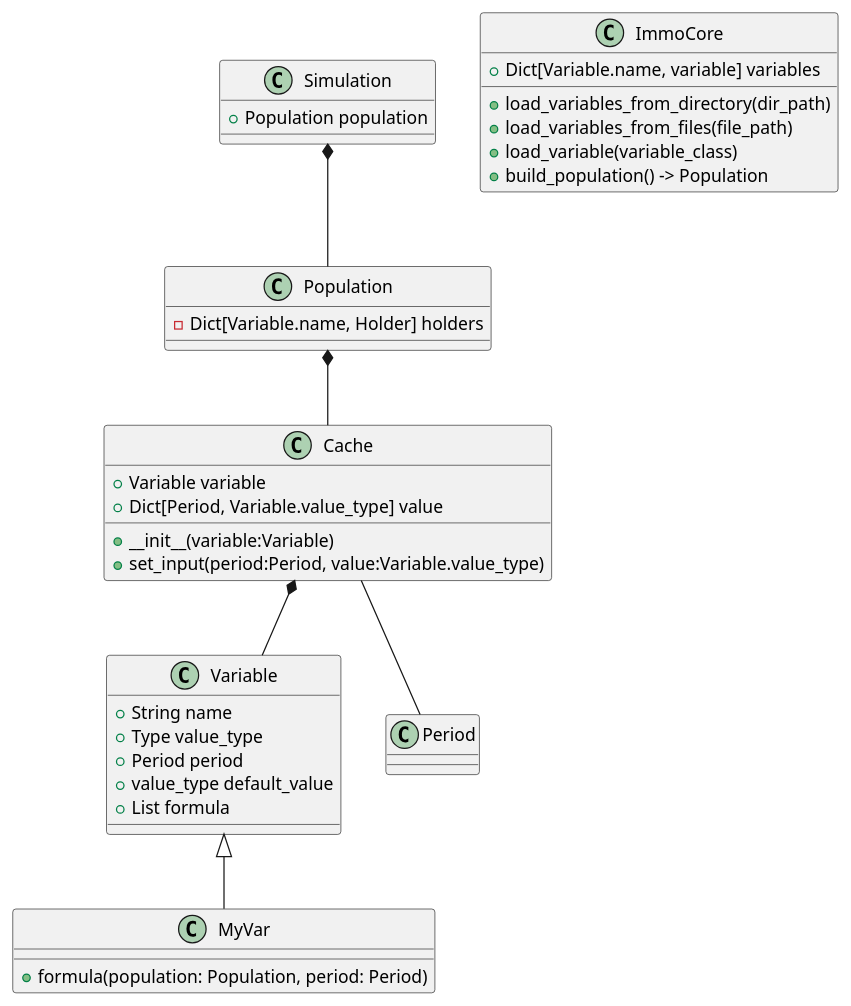
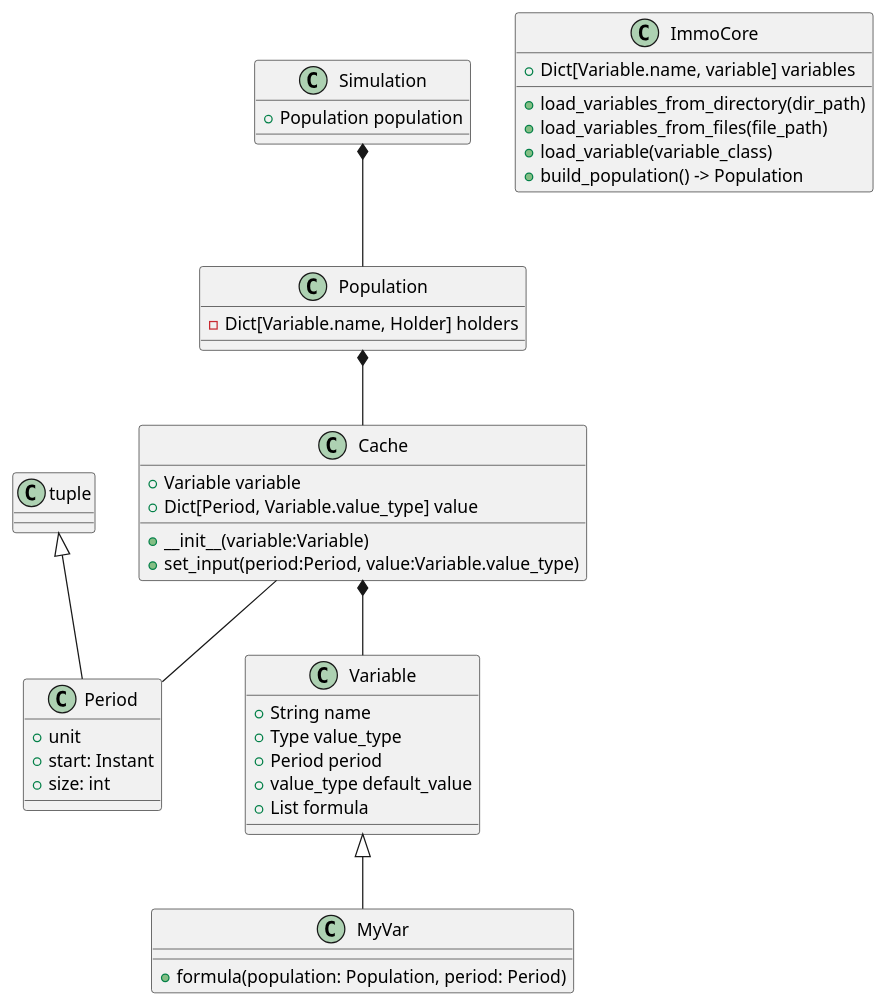
Before and after one commit to nboutin/immo_perfo: the diagram in doc/class.plantuml, drawn with PlantUML. The commit also changed 2 other files, not shown here.

Commit message:
Add Period requirements

```diff
--- a/doc/class.plantuml
+++ b/doc/class.plantuml
@@ -1,48 +1,51 @@
 @startuml
 
 class Variable {
 	+String name
 	+Type value_type
 	+Period period
 	+value_type default_value
 	+List formula
 }
 
 class MyVar {
     +formula(population: Population, period: Period)
 }
 
 class Cache {
 	+__init__(variable:Variable)
 	+set_input(period:Period, value:Variable.value_type)
 	+Variable variable
 	+Dict[Period, Variable.value_type] value
 }
 
 class Period {
-
+    +unit
+    +start: Instant
+    +size: int
 }
 
 class Population {
 	-Dict[Variable.name, Holder] holders
 }
 
 class ImmoCore {
     +Dict[Variable.name, variable] variables
     +load_variables_from_directory(dir_path)
     +load_variables_from_files(file_path)
     +load_variable(variable_class)
     +build_population() -> Population
 }
 
 class Simulation {
     +Population population
 }
 
 Variable <|-- MyVar
 Cache *-- Variable
+tuple <|-- Period
 Cache -- Period
 Population *-- Cache
 Simulation *-- Population
 
 @enduml
```
